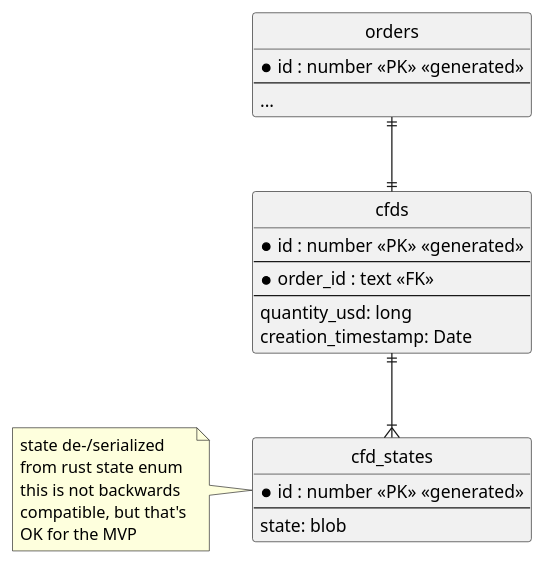
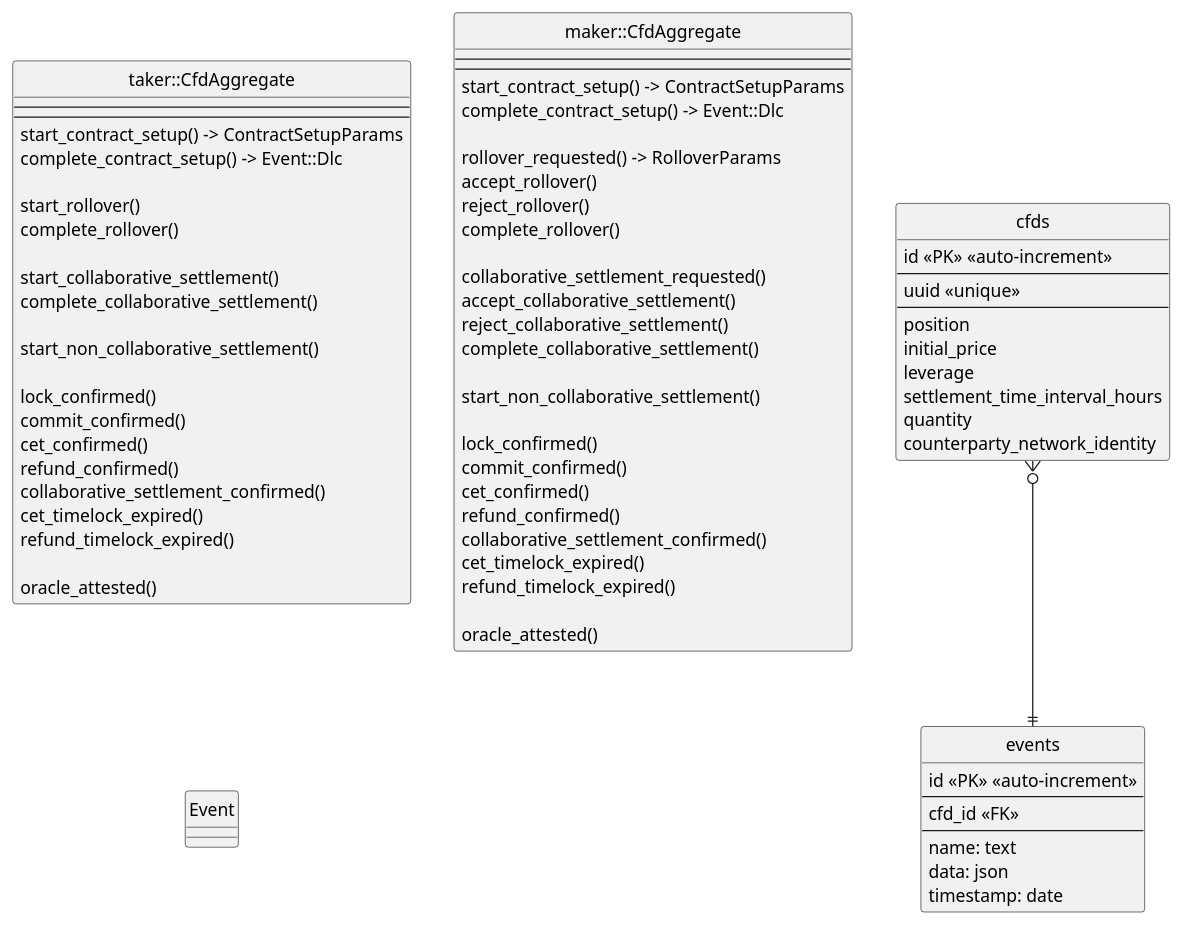
Before and after one commit to get10101/itchysats: the diagram in docs/asset/mvp_maker_taker_db.puml, drawn with PlantUML. The commit also changed 39 other files, not shown here.

```diff
--- a/docs/asset/mvp_maker_taker_db.puml
+++ b/docs/asset/mvp_maker_taker_db.puml
@@ -1,37 +1,91 @@
 @startuml
 
 ' hide the spot
 hide circle
 
 ' avoid problems with angled crows feet
 skinparam linetype ortho
 
-entity "orders" as order {
-    *id : number <<PK>> <<generated>>
+entity "cfds" as cfds {
+    id <<PK>> <<auto-increment>>
     --
-    ...
+    uuid <<unique>>
+    --
+    position
+    initial_price
+    leverage
+    settlement_time_interval_hours
+    quantity
+    counterparty_network_identity
 }
 
-entity "cfds" as cfd {
-  *id : number <<PK>> <<generated>>
-  --
-  *order_id : text <<FK>>
-  --
-  quantity_usd: long
-  creation_timestamp: Date
+entity "events" as events {
+    id <<PK>> <<auto-increment>>
+    --
+    cfd_id <<FK>>
+    --
+    name: text
+    data: json
+    timestamp: date
 }
 
-entity "cfd_states" as cfd_states {
-    *id : number <<PK>> <<generated>>
+cfds }o--|| events
+
+entity "taker::CfdAggregate" as taker_cfd_aggregate {
     --
-    state: blob
+    --
+    start_contract_setup() -> ContractSetupParams
+    complete_contract_setup() -> Event::Dlc
+
+    start_rollover()
+    complete_rollover()
+
+    start_collaborative_settlement()
+    complete_collaborative_settlement()
+
+    start_non_collaborative_settlement()
+
+    lock_confirmed()
+    commit_confirmed()
+    cet_confirmed()
+    refund_confirmed()
+    collaborative_settlement_confirmed()
+    cet_timelock_expired()
+    refund_timelock_expired()
+
+    oracle_attested()
 }
-note left: state de-/serialized \nfrom rust state enum \nthis is not backwards\ncompatible, but that's \nOK for the MVP
 
+entity "maker::CfdAggregate" as maker_cfd_aggregate {
+    --
+    --
+    start_contract_setup() -> ContractSetupParams
+    complete_contract_setup() -> Event::Dlc
 
-order ||--|| cfd
+    rollover_requested() -> RolloverParams
+    accept_rollover()
+    reject_rollover()
+    complete_rollover()
 
-cfd ||--|{ cfd_states
+    collaborative_settlement_requested()
+    accept_collaborative_settlement()
+    reject_collaborative_settlement()
+    complete_collaborative_settlement()
 
+    start_non_collaborative_settlement()
+
+    lock_confirmed()
+    commit_confirmed()
+    cet_confirmed()
+    refund_confirmed()
+    collaborative_settlement_confirmed()
+    cet_timelock_expired()
+    refund_timelock_expired()
+
+    oracle_attested()
+}
+
+entity "Event" as taker_event {
+}
 
 @enduml
```
